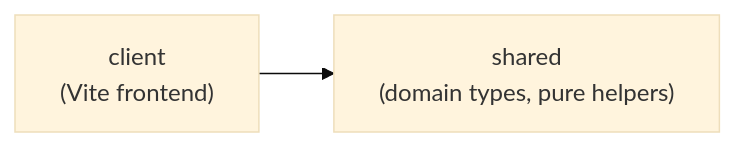
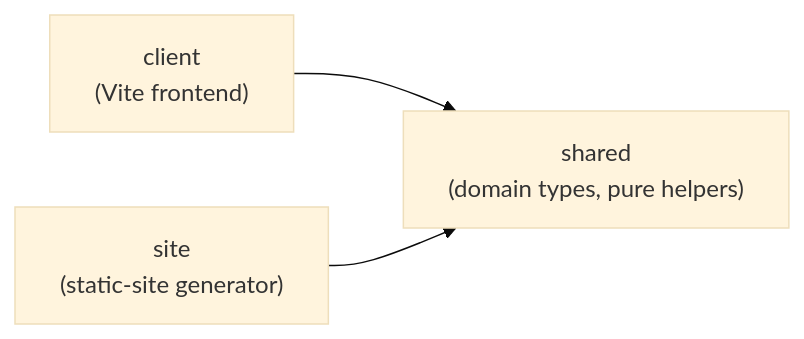
The diagram in docs/architecture.md (neolao/kindle-nonograms), drawn with Mermaid (base theme) before and after one commit. The commit also changed other lines of this file and 3 other files, not shown here.

````diff
--- a/docs/architecture.md
+++ b/docs/architecture.md
@@ -7,7 +7,9 @@
 ```mermaid
 graph LR
     shared["shared\n(domain types, pure helpers)"]
     client["client\n(Vite frontend)"]
+    site["site\n(static-site generator)"]
 
     client --> shared
+    site --> shared
 ```
````
